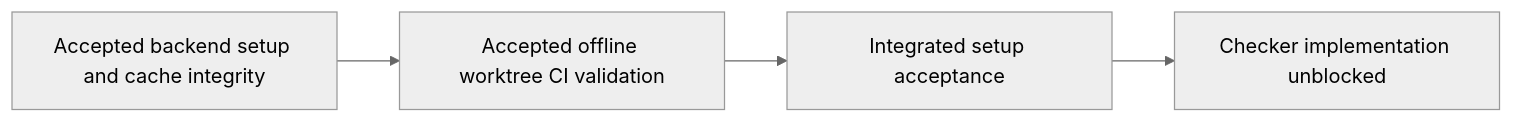
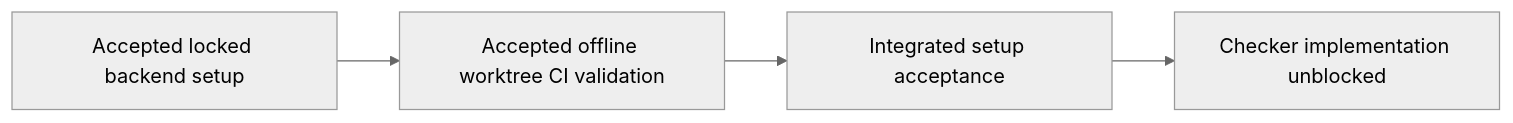
The diagram in doc/feat/mermaid-adoption/setup/README.md (msitarz/ataraxia), drawn with Mermaid (neutral theme) before and after one commit. The commit also changed other lines of this file and 8 other files, not shown here.

First line of the commit message:
feat(setup): install locked Mermaid backend

````diff
--- a/doc/feat/mermaid-adoption/setup/README.md
+++ b/doc/feat/mermaid-adoption/setup/README.md
@@ -15,6 +19,6 @@
 ```mermaid
 flowchart LR
-    Backend[Accepted backend setup and cache integrity] --> Worktree[Accepted offline worktree CI validation]
+    Backend[Accepted locked backend setup] --> Worktree[Accepted offline worktree CI validation]
     Worktree --> Setup[Integrated setup acceptance]
     Setup --> Checker[Checker implementation unblocked]
 ```
````
